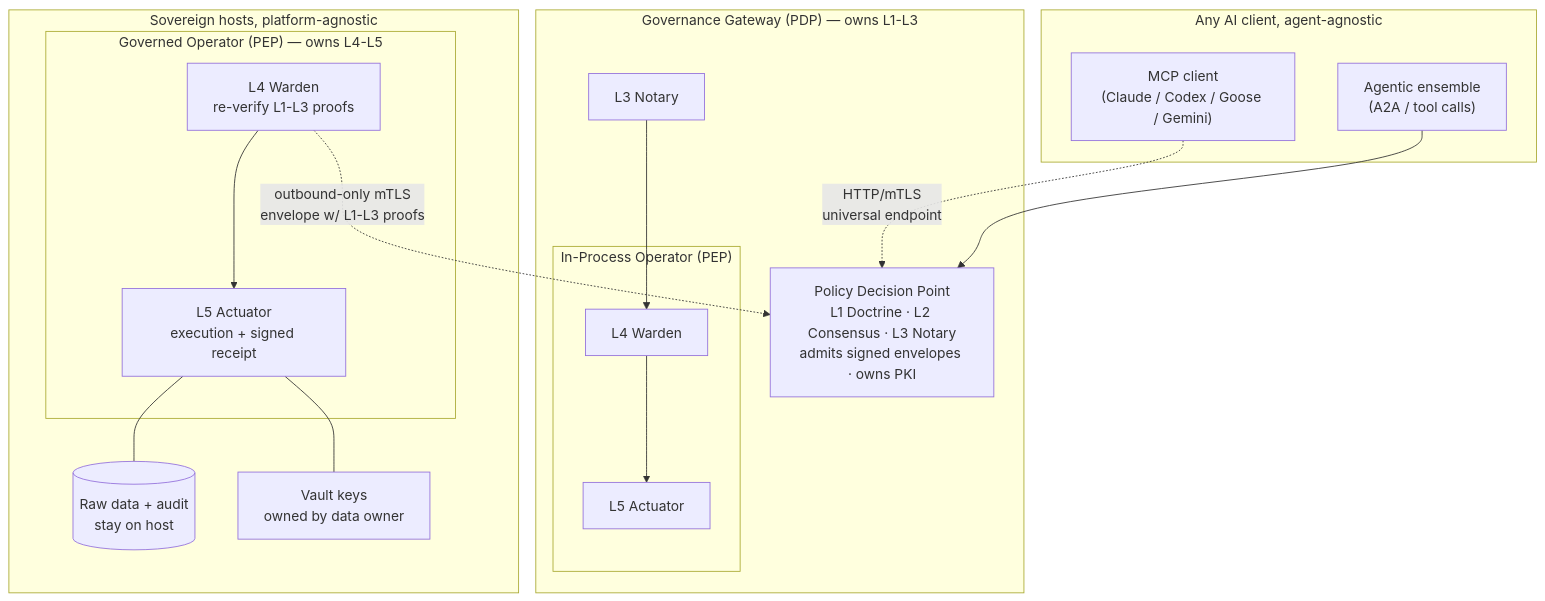
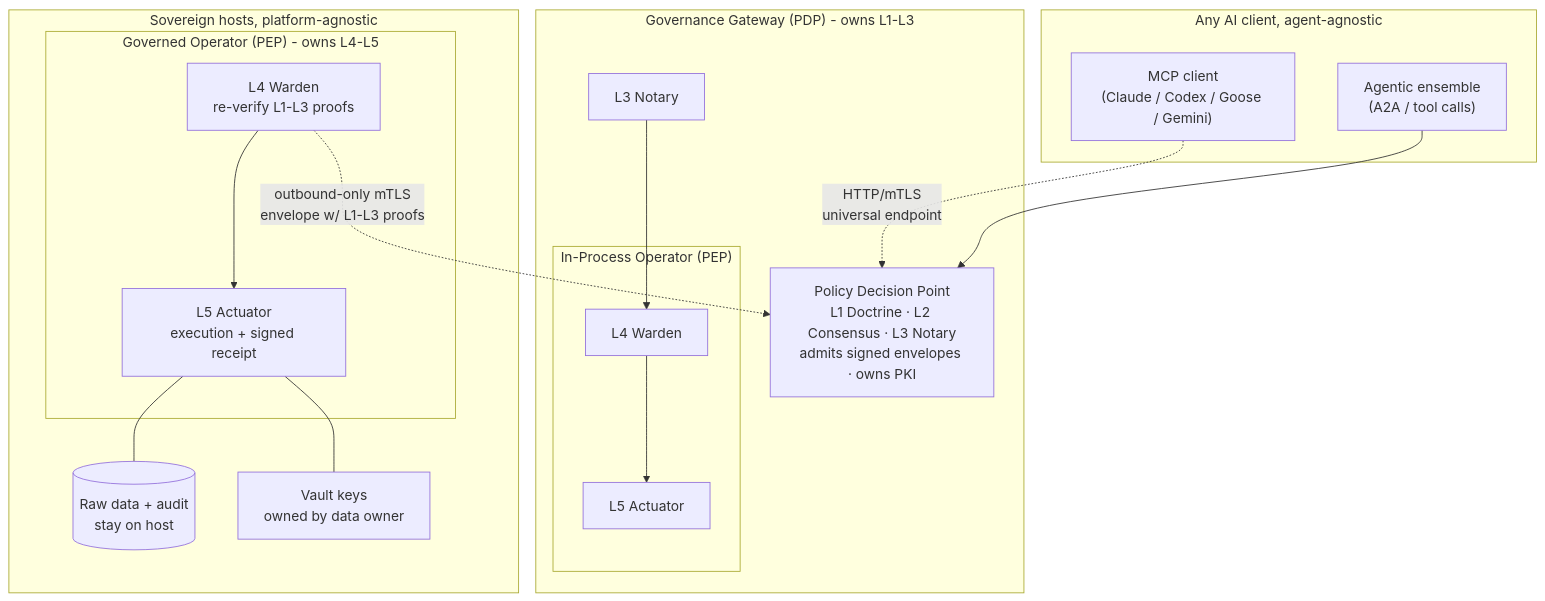
The first of 3 diagrams in README.md (g8e-ai/g8e), drawn with Mermaid before and after one commit. The commit also changed other lines of this file and 234 other files, not shown here.

````diff
--- a/README.md
+++ b/README.md
@@ -65,33 +65,33 @@
 ```mermaid
 graph TD
     subgraph Clients ["Any AI client, agent-agnostic"]
         C1["MCP client<br/>(Claude / Codex / Goose / Gemini)"]
         C2["Agentic ensemble<br/>(A2A / tool calls)"]
     end
 
-    subgraph GW_Box ["Governance Gateway (PDP) — owns L1-L3"]
+    subgraph GW_Box ["Governance Gateway (PDP) - owns L1-L3"]
         GW["Policy Decision Point<br/>L1 Doctrine · L2 Consensus · L3 Notary<br/>admits signed envelopes · owns PKI"]
         subgraph GW_PEP ["In-Process Operator (PEP)"]
             GW_L4["L4 Warden"]
             GW_L5["L5 Actuator"]
             GW_L4 --> GW_L5
         end
         L3["L3 Notary"] --> GW_L4
     end
 
     subgraph Fleet ["Sovereign hosts, platform-agnostic"]
-        subgraph O1_Box ["Governed Operator (PEP) — owns L4-L5"]
+        subgraph O1_Box ["Governed Operator (PEP) - owns L4-L5"]
             O1_L4["L4 Warden<br/>re-verify L1-L3 proofs"]
             O1_L5["L5 Actuator<br/>execution + signed receipt"]
             O1_L4 --> O1_L5
         end
         D1[("Raw data + audit<br/>stay on host")]
         K1["Vault keys<br/>owned by data owner"]
         O1_L5 --- D1
         O1_L5 --- K1
     end
 
     C1 -. "HTTP/mTLS<br/>universal endpoint" .-> GW
     C2 --> GW
     O1_L4 -. "outbound-only mTLS<br/>envelope w/ L1-L3 proofs" .-> GW
 ```
````
